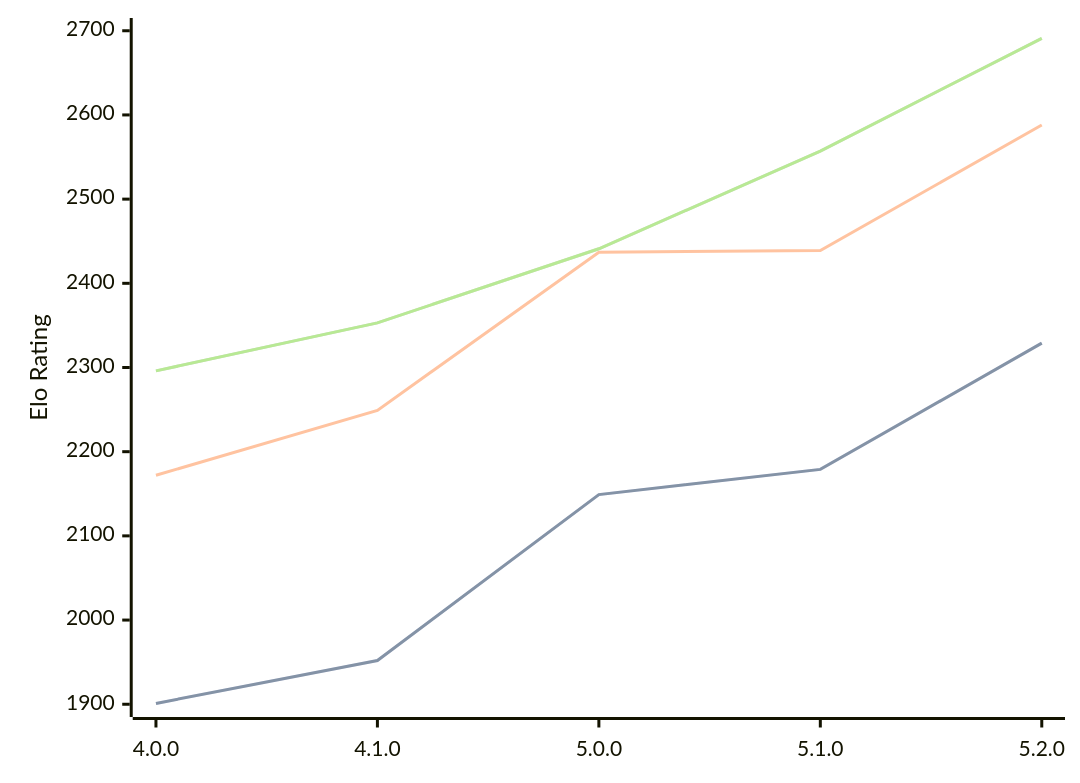
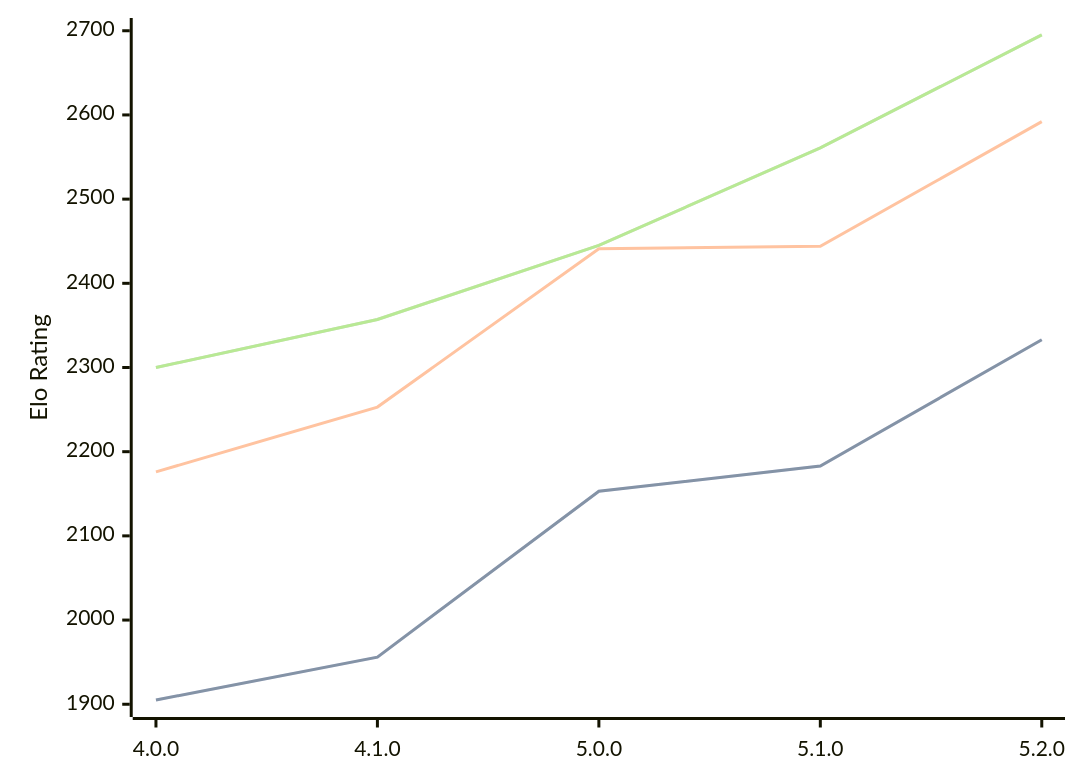
Before and after one commit to computer-chess-index/cci: the diagram in engines/Aconcagua.md, drawn with Mermaid. The commit also changed other lines of this file, not shown here.

Commit message:
Update CCI Ratings (ELO VLTC) - 2026-08-18

````diff
--- a/engines/Aconcagua.md
+++ b/engines/Aconcagua.md
@@ -35,11 +35,11 @@
 ```mermaid
 %%{init: {"theme":"base","themeVariables":{"seriesColors:['#a3a3a3','#222221','#faa371']}}}%%
 xychart-beta
   x-axis ["4.0.0", "4.1.0", "5.0.0", "5.1.0", "5.2.0"]
   y-axis "Elo Rating" 1900 --> 2700
-  line "STC (8.0+0.08s)" [1901, 1952, 2149, 2179, 2329]
-  line "STC (8.0+0.08s)" [1901, 1952, 2149, 2179, 2329]
-  line "LTC (60.0+0.60s)" [2172, 2249, 2437, 2439, 2588]
-  line "VLTC (2m24s+1.12s)" [2296, 2353, 2441, 2557, 2691]
-  line "VLTC (2m24s+1.12s)" [2296, 2353, 2441, 2557, 2691]
+  line "STC (8.0+0.08s)" [1905, 1956, 2153, 2183, 2333]
+  line "STC (8.0+0.08s)" [1905, 1956, 2153, 2183, 2333]
+  line "LTC (60.0+0.60s)" [2176, 2253, 2441, 2444, 2592]
+  line "VLTC (2m24s+1.12s)" [2300, 2357, 2445, 2561, 2695]
+  line "VLTC (2m24s+1.12s)" [2300, 2357, 2445, 2561, 2695]
 ```
````
